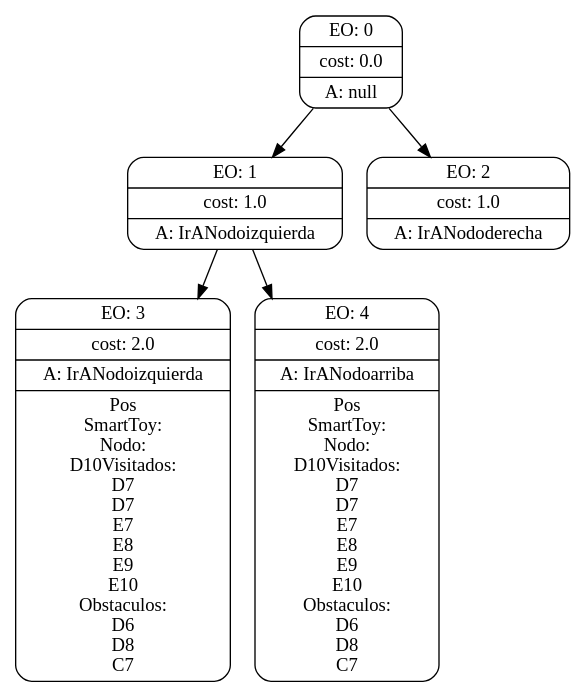
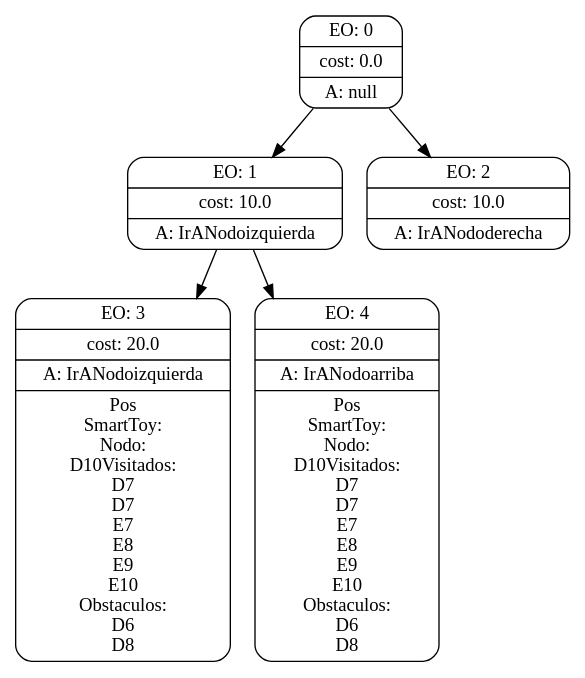
Before and after one commit to npadula/tp1-ia: the diagram in tp1-ia/searchGVTrees/4.dot, drawn with Graphviz. The commit also changed 16 other files, not shown here.

```diff
--- a/tp1-ia/searchGVTrees/4.dot
+++ b/tp1-ia/searchGVTrees/4.dot
@@ -1,38 +1,38 @@
 digraph g {
 node [shape = Mrecord];
 nodo0[label="{EO: 0|cost: 0.0|A: null}"]
-nodo1[label="{EO: 1|cost: 1.0|A: IrANodoizquierda
+nodo1[label="{EO: 1|cost: 10.0|A: IrANodoizquierda
 }"]
-nodo3[label="{EO: 3|cost: 2.0|A: IrANodoizquierda
+nodo3[label="{EO: 3|cost: 20.0|A: IrANodoizquierda
 |
 Pos\nSmartToy:\nNodo:\nD10
 
 Visitados:\n
 D7\nD7\nE7\nE8\nE9\nE10\n
 Obstaculos:\n
-D6\nD8\nC7\n
+D6\nD8\n
 
 }"]
 
 nodo1 -> nodo3;
-nodo4[label="{EO: 4|cost: 2.0|A: IrANodoarriba
+nodo4[label="{EO: 4|cost: 20.0|A: IrANodoarriba
 |
 Pos\nSmartToy:\nNodo:\nD10
 
 Visitados:\n
 D7\nD7\nE7\nE8\nE9\nE10\n
 Obstaculos:\n
-D6\nD8\nC7\n
+D6\nD8\n
 
 }"]
 
 nodo1 -> nodo4;
 
 nodo0 -> nodo1;
-nodo2[label="{EO: 2|cost: 1.0|A: IrANododerecha
+nodo2[label="{EO: 2|cost: 10.0|A: IrANododerecha
 }"]
 
 nodo0 -> nodo2;
 
 
 }
```
